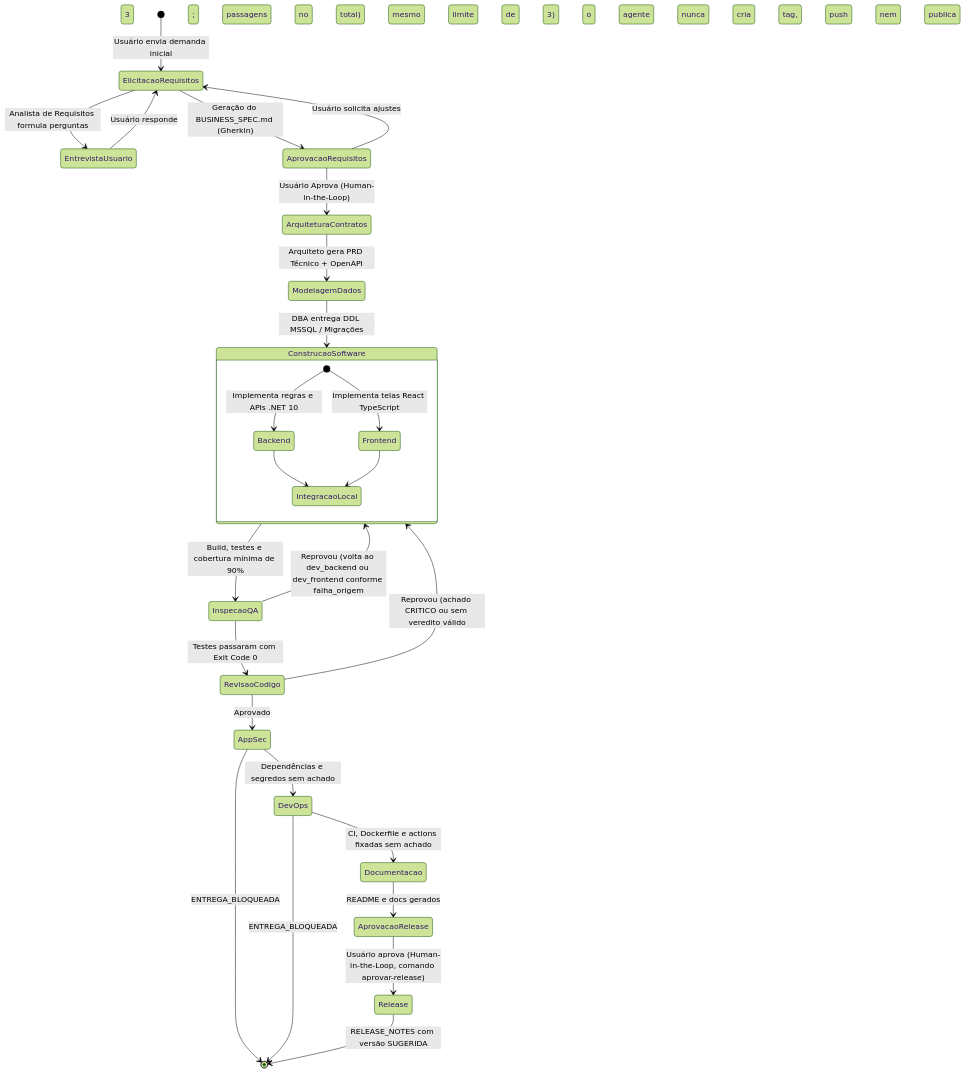
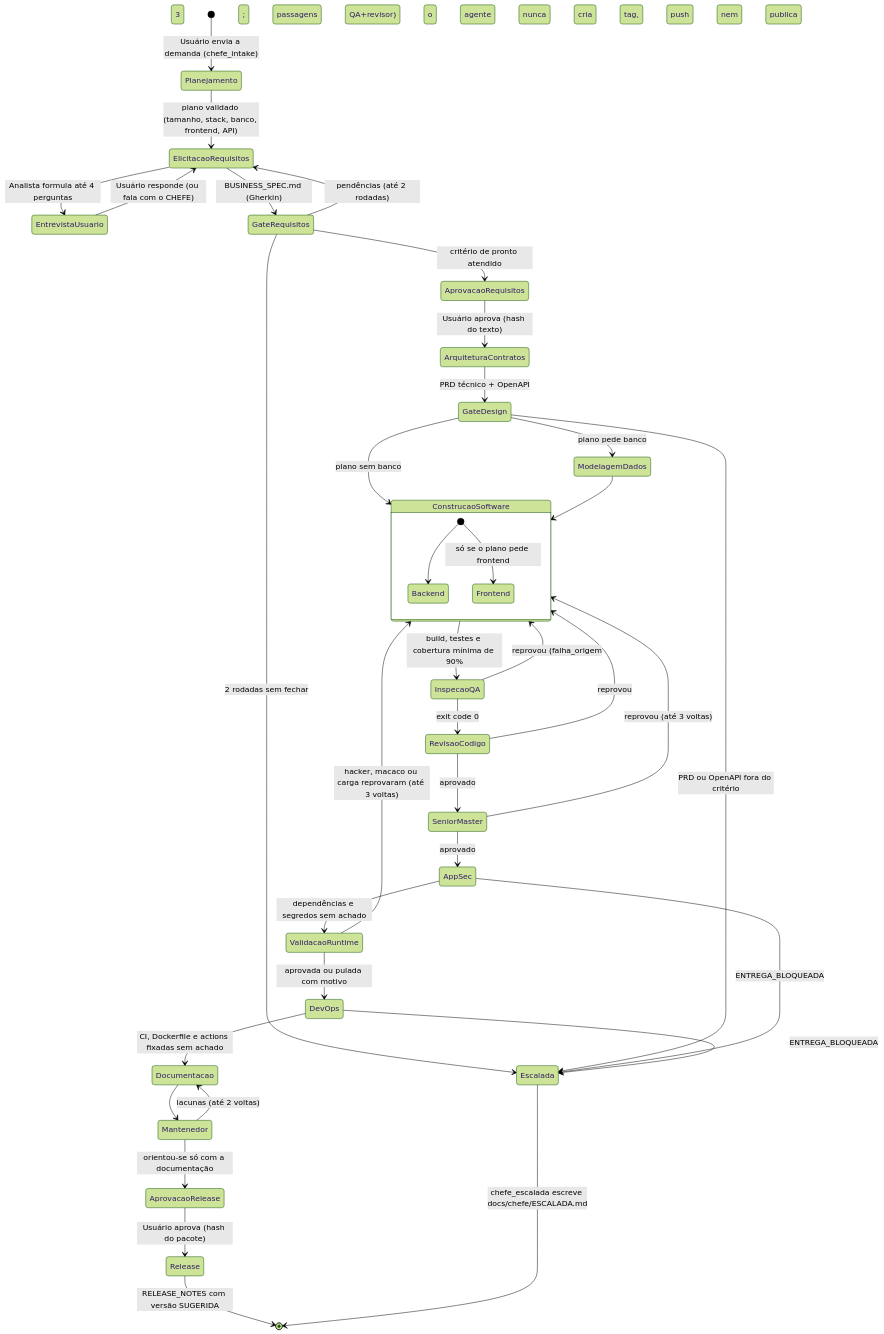
Before and after one commit to tudoemcodigo/TudoIA: the diagram in docs/squadti/02-protocolo-de-comunicacao-e-estado.md, drawn with Mermaid (forest theme). The commit also changed other lines of this file and 31 other files, not shown here.

````diff
--- a/docs/squadti/02-protocolo-de-comunicacao-e-estado.md
+++ b/docs/squadti/02-protocolo-de-comunicacao-e-estado.md
@@ -34,34 +34,44 @@
 ```mermaid
 stateDiagram-v2
-    [*] --> ElicitacaoRequisitos: Usuário envia demanda inicial
-    ElicitacaoRequisitos --> EntrevistaUsuario: Analista de Requisitos formula perguntas
-    EntrevistaUsuario --> ElicitacaoRequisitos: Usuário responde
-    ElicitacaoRequisitos --> AprovacaoRequisitos: Geração do BUSINESS_SPEC.md (Gherkin)
-    
-    AprovacaoRequisitos --> ArquiteturaContratos: Usuário Aprova (Human-in-the-Loop)
-    AprovacaoRequisitos --> ElicitacaoRequisitos: Usuário solicita ajustes
-    
-    ArquiteturaContratos --> ModelagemDados: Arquiteto gera PRD Técnico + OpenAPI
-    ModelagemDados --> ConstrucaoSoftware: DBA entrega DDL MSSQL / Migrações
-    
+    [*] --> Planejamento: Usuário envia a demanda (chefe_intake)
+    Planejamento --> ElicitacaoRequisitos: plano validado (tamanho, stack, banco, frontend, API)
+    ElicitacaoRequisitos --> EntrevistaUsuario: Analista formula até 4 perguntas
+    EntrevistaUsuario --> ElicitacaoRequisitos: Usuário responde (ou fala com o CHEFE)
+    ElicitacaoRequisitos --> GateRequisitos: BUSINESS_SPEC.md (Gherkin)
+    GateRequisitos --> ElicitacaoRequisitos: pendências (até 2 rodadas)
+    GateRequisitos --> AprovacaoRequisitos: critério de pronto atendido
+    GateRequisitos --> Escalada: 2 rodadas sem fechar
+
+    AprovacaoRequisitos --> ArquiteturaContratos: Usuário aprova (hash do texto)
+    ArquiteturaContratos --> GateDesign: PRD técnico + OpenAPI
+    GateDesign --> Escalada: PRD ou OpenAPI fora do critério
+    GateDesign --> ModelagemDados: plano pede banco
+    GateDesign --> ConstrucaoSoftware: plano sem banco
+    ModelagemDados --> ConstrucaoSoftware
+
     state ConstrucaoSoftware {
-        [*] --> Backend: Implementa regras e APIs .NET 10
-        [*] --> Frontend: Implementa telas React TypeScript
-        Backend --> IntegracaoLocal
-        Frontend --> IntegracaoLocal
+        [*] --> Backend
+        [*] --> Frontend: só se o plano pede frontend
     }
-    
-    ConstrucaoSoftware --> InspecaoQA: Build, testes e cobertura mínima de 90%
-    InspecaoQA --> ConstrucaoSoftware: Reprovou (volta ao dev_backend ou dev_frontend conforme falha_origem; 3 passagens no total)
-    InspecaoQA --> RevisaoCodigo: Testes passaram com Exit Code 0
-    RevisaoCodigo --> ConstrucaoSoftware: Reprovou (achado CRITICO ou sem veredito válido; mesmo limite de 3)
-    RevisaoCodigo --> AppSec: Aprovado
-    AppSec --> DevOps: Dependências e segredos sem achado
-    AppSec --> [*]: ENTREGA_BLOQUEADA
+
+    ConstrucaoSoftware --> InspecaoQA: build, testes e cobertura mínima de 90%
+    InspecaoQA --> ConstrucaoSoftware: reprovou (falha_origem; 3 passagens QA+revisor)
+    InspecaoQA --> RevisaoCodigo: exit code 0
+    RevisaoCodigo --> ConstrucaoSoftware: reprovou
+    RevisaoCodigo --> SeniorMaster: aprovado
+    SeniorMaster --> ConstrucaoSoftware: reprovou (até 3 voltas)
+    SeniorMaster --> AppSec: aprovado
+    AppSec --> Escalada: ENTREGA_BLOQUEADA
+    AppSec --> ValidacaoRuntime: dependências e segredos sem achado
+    ValidacaoRuntime --> ConstrucaoSoftware: hacker, macaco ou carga reprovaram (até 3 voltas)
+    ValidacaoRuntime --> DevOps: aprovada ou pulada com motivo
+    DevOps --> Escalada: ENTREGA_BLOQUEADA
     DevOps --> Documentacao: CI, Dockerfile e actions fixadas sem achado
-    DevOps --> [*]: ENTREGA_BLOQUEADA
-    Documentacao --> AprovacaoRelease: README e docs gerados
-    
-    AprovacaoRelease --> Release: Usuário aprova (Human-in-the-Loop, comando aprovar-release)
+    Documentacao --> Mantenedor
+    Mantenedor --> Documentacao: lacunas (até 2 voltas)
+    Mantenedor --> AprovacaoRelease: orientou-se só com a documentação
+
+    AprovacaoRelease --> Release: Usuário aprova (hash do pacote)
     Release --> [*]: RELEASE_NOTES com versão SUGERIDA; o agente nunca cria tag, push nem publica
+    Escalada --> [*]: chefe_escalada escreve docs/chefe/ESCALADA.md
 ```
````
